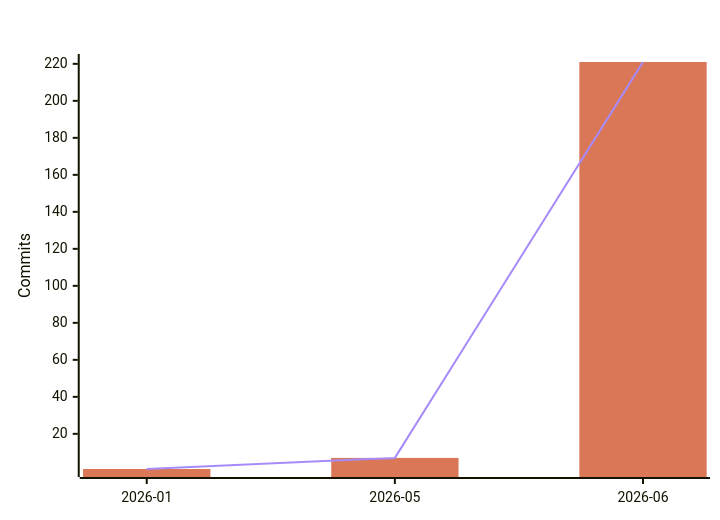
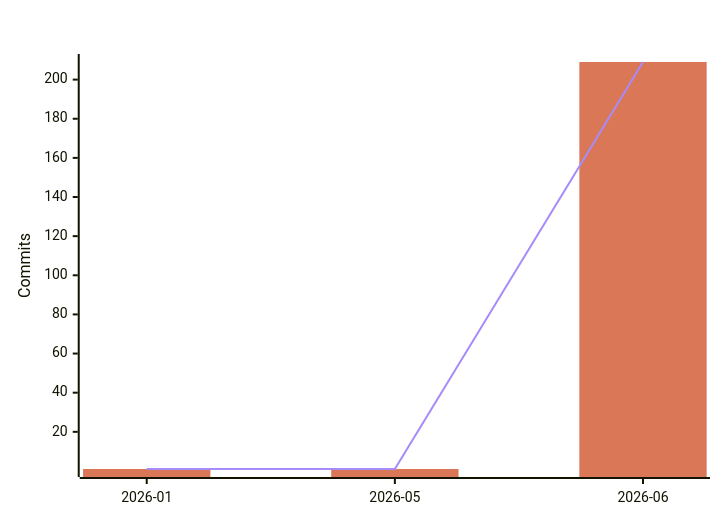
The fourth of 7 diagrams in README.md (polo-nyan/polo-nyan), drawn with Mermaid before and after one commit. The commit also changed other lines of this file and 1 other file, not shown here.

````diff
--- a/README.md
+++ b/README.md
@@ -246,9 +246,9 @@
 ```mermaid
 %%{init: {"xyChart": {"titleColor": "#ffffff", "xAxisLabelColor": "#ffffff", "yAxisLabelColor": "#ffffff"}, "themeVariables": {"xyChart": {"titleColor": "#ffffff", "plotColorPalette": "#d97757, #a78bfa"}}}}%%
 xychart-beta
     title "AI-Assisted Commits Per Month"
     x-axis ["2026-01", "2026-05", "2026-06"]
     y-axis "Commits"
-    bar [1, 7, 221]
-    line [1, 7, 221]
+    bar [1, 1, 209]
+    line [1, 1, 209]
 ```
````
